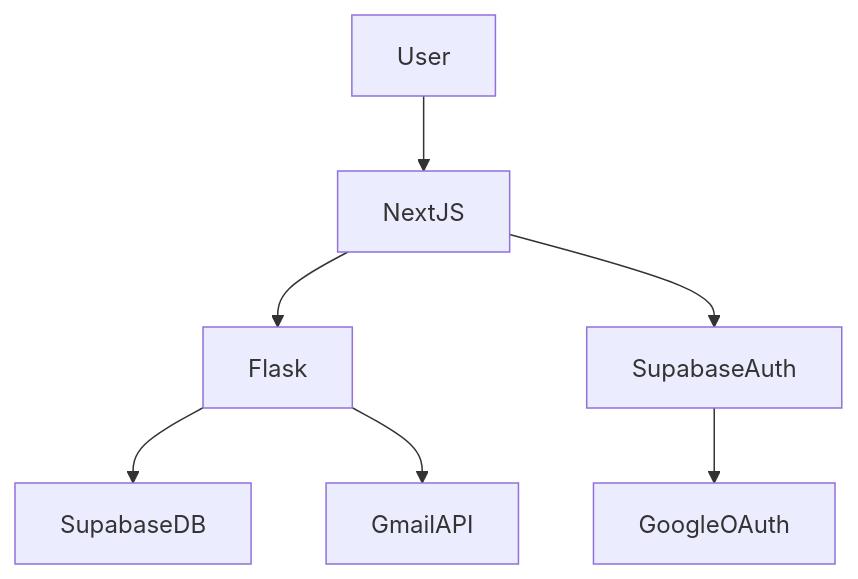
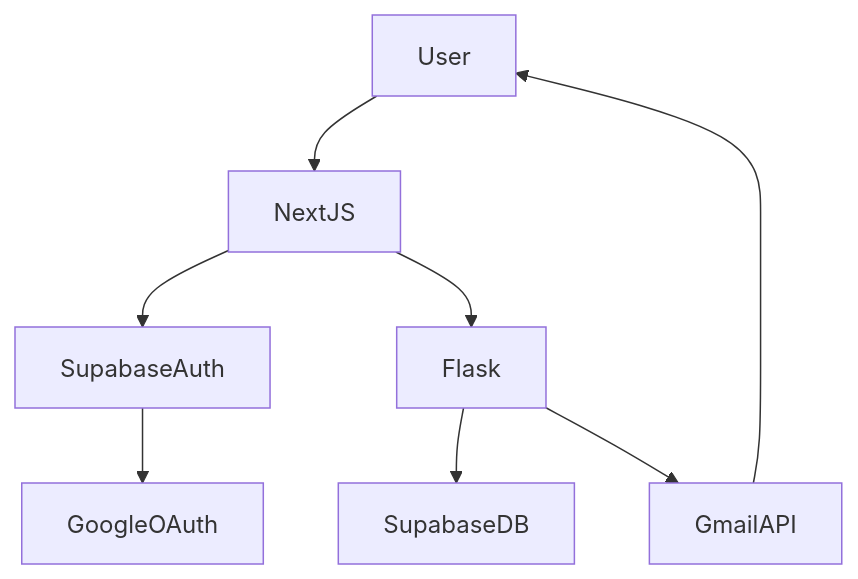
Before and after one commit to SorathiyaDhruvin/task-management-app: the diagram in README.md, drawn with Mermaid. The commit also changed other lines of this file and 2 other files, not shown here.

````diff
--- a/README.md
+++ b/README.md
@@ -17,9 +23,10 @@
 ```mermaid
 flowchart TD
     User --> NextJS
+    NextJS --> SupabaseAuth
     NextJS --> Flask
-    NextJS --> SupabaseAuth
     Flask --> SupabaseDB
     Flask --> GmailAPI
     SupabaseAuth --> GoogleOAuth
+    GmailAPI --> User
 ```
````
